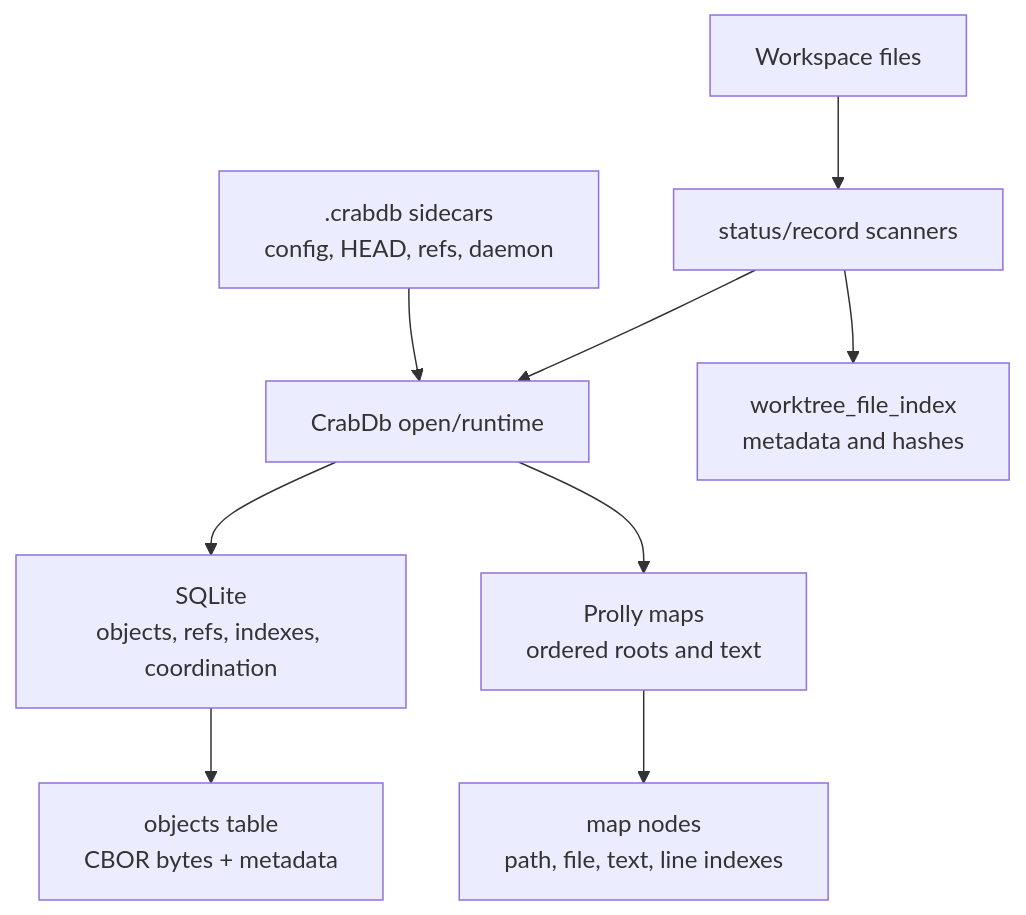
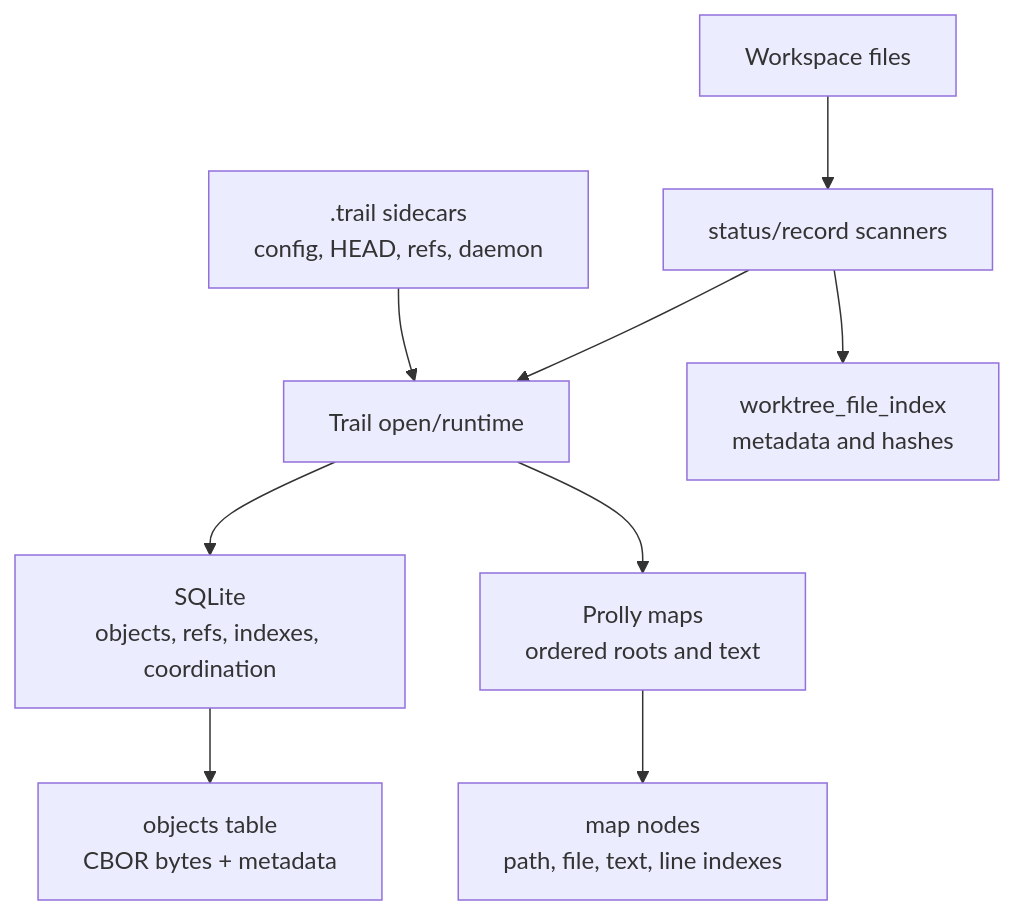
One commit to crabbuild/trail changed the first of 3 diagrams in docs/design/storage-and-indexing.md. Above: the diagram before and after it, drawn with Mermaid. The commit also changed other lines of this file and 650 other files, not shown here.

Commit message:
chore: rename CrabDB to Trail

````diff
--- a/docs/design/storage-and-indexing.md
+++ b/docs/design/storage-and-indexing.md
@@ -15,14 +15,14 @@
 ```mermaid
 flowchart TB
     Workspace["Workspace files"] --> Scanner["status/record scanners"]
-    Sidecars[".crabdb sidecars<br/>config, HEAD, refs, daemon"]
-    Runtime["CrabDb open/runtime"]
+    Sidecars[".trail sidecars<br/>config, HEAD, refs, daemon"]
+    Runtime["Trail open/runtime"]
 
     Sidecars --> Runtime
     Scanner --> Runtime
     Runtime --> SQLite["SQLite<br/>objects, refs, indexes, coordination"]
     Runtime --> Prolly["Prolly maps<br/>ordered roots and text"]
     SQLite --> ObjectBytes["objects table<br/>CBOR bytes + metadata"]
     Prolly --> MapNodes["map nodes<br/>path, file, text, line indexes"]
     Scanner --> WorktreeIndex["worktree_file_index<br/>metadata and hashes"]
 ```
````
